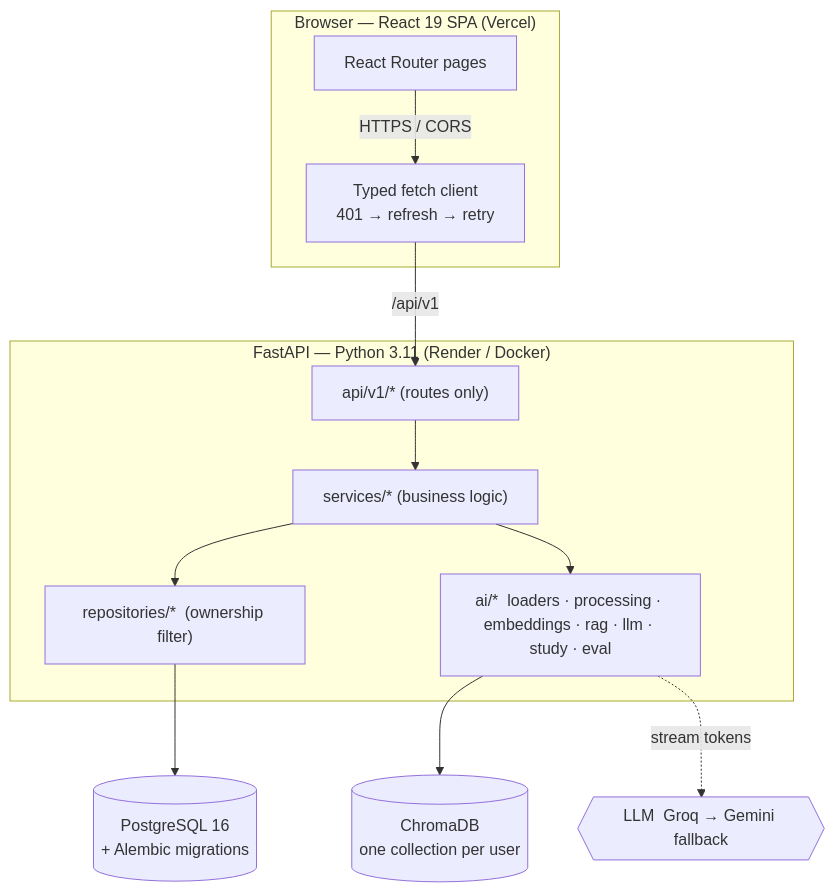
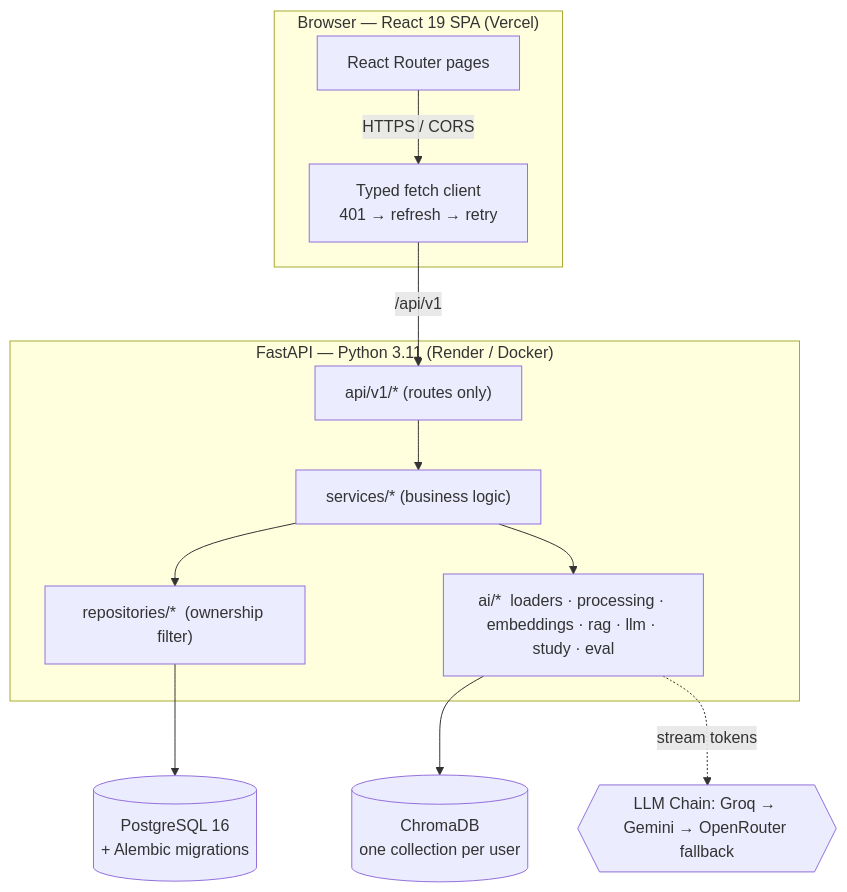
One commit to manav-2812/synapse changed the first of 8 diagrams in README.md. Above: the diagram before and after it, drawn with Mermaid. The commit also changed other lines of this file and 13 other files, not shown here.

Commit message:
docs: update README with unified runner, multi-tier LLM fallback, and commands runbook

````diff
--- a/README.md
+++ b/README.md
@@ -176,23 +176,23 @@
 ```mermaid
 flowchart TB
   subgraph Browser["Browser — React 19 SPA (Vercel)"]
     UI[React Router pages]
     Client[Typed fetch client<br/>401 → refresh → retry]
   end
   subgraph Backend["FastAPI — Python 3.11 (Render / Docker)"]
     Routes["api/v1/*  (routes only)"]
     Services["services/*  (business logic)"]
     Repos["repositories/*  (ownership filter)"]
     AI["ai/*  loaders · processing · embeddings · rag · llm · study · eval"]
   end
   PG[("PostgreSQL 16<br/>+ Alembic migrations")]
   Chroma[("ChromaDB<br/>one collection per user")]
-  LLM{{"LLM  Groq → Gemini fallback"}}
+  LLM{{"LLM Chain: Groq → Gemini → OpenRouter fallback"}}
 
   UI -->|HTTPS / CORS| Client
   Client -->|/api/v1| Routes
   Routes --> Services --> Repos
   Repos --> PG
   Services --> AI --> Chroma
   AI -. "stream tokens" .-> LLM
 ```
````
